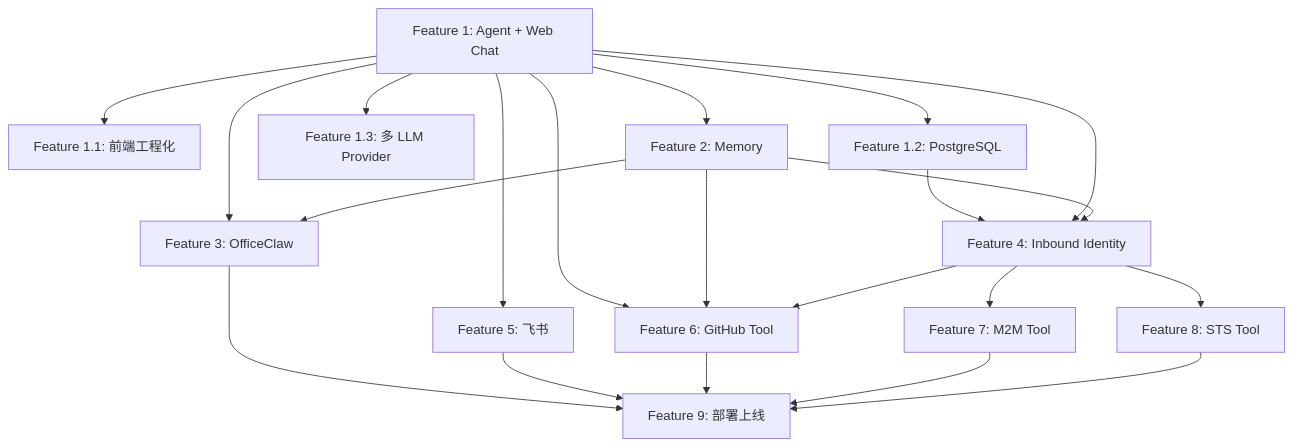
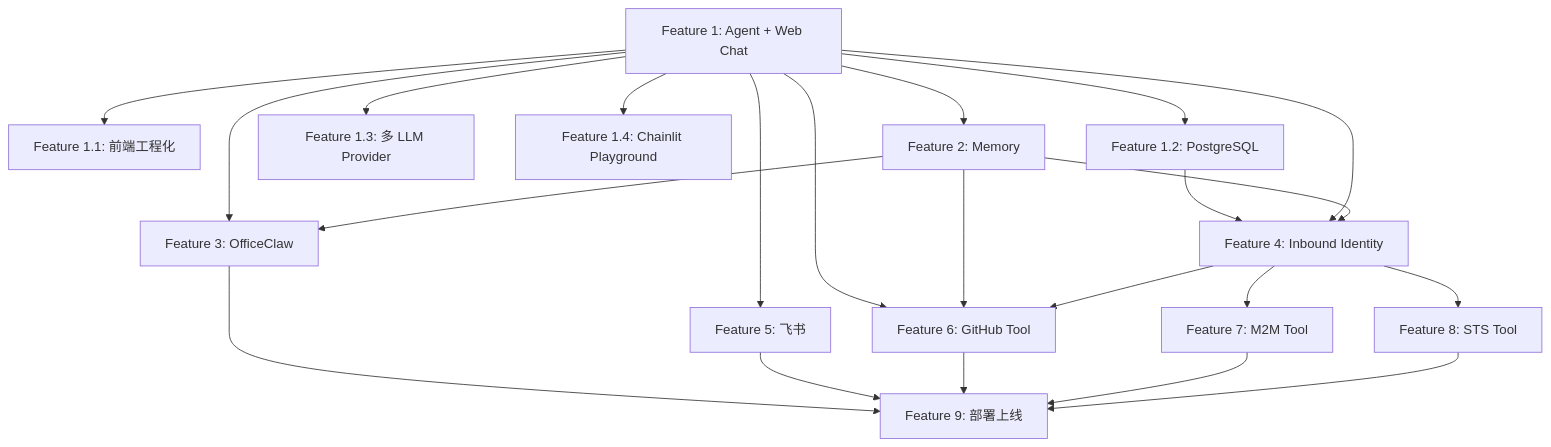
The first of 2 diagrams in personal-assistant-meta/issues/features/README.md (T-1009/personal-assistant), drawn with Mermaid before and after one commit. The commit also changed other lines of this file and 5 other files, not shown here.

````diff
--- a/personal-assistant-meta/issues/features/README.md
+++ b/personal-assistant-meta/issues/features/README.md
@@ -26,23 +27,24 @@
 ```mermaid
 flowchart TD
     F1["Feature 1: Agent + Web Chat"] --> F1_1["Feature 1.1: 前端工程化"]
     F1 --> F1_2["Feature 1.2: PostgreSQL"]
     F1 --> F1_3["Feature 1.3: 多 LLM Provider"]
+    F1 --> F1_4["Feature 1.4: Chainlit Playground"]
     F1_2 --> F4["Feature 4: Inbound Identity"]
     F1 --> F2["Feature 2: Memory"]
     F1 --> F3["Feature 3: OfficeClaw"]
     F2 --> F3
     F1 --> F4
     F2 --> F4
     F1 --> F5["Feature 5: 飞书"]
     F1 --> F6["Feature 6: GitHub Tool"]
     F2 --> F6
     F4 --> F6
     F4 --> F7["Feature 7: M2M Tool"]
     F4 --> F8["Feature 8: STS Tool"]
     F3 --> F9["Feature 9: 部署上线"]
     F5 --> F9
     F6 --> F9
     F7 --> F9
     F8 --> F9
 ```
````
